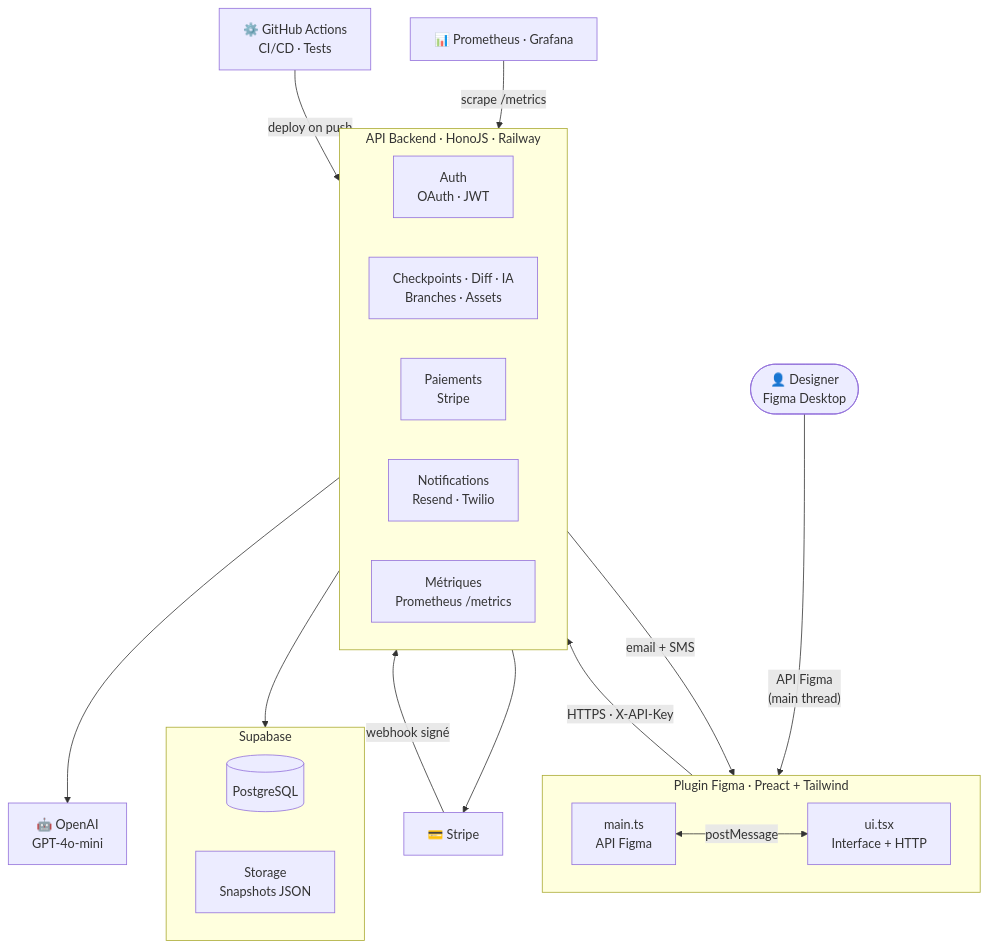
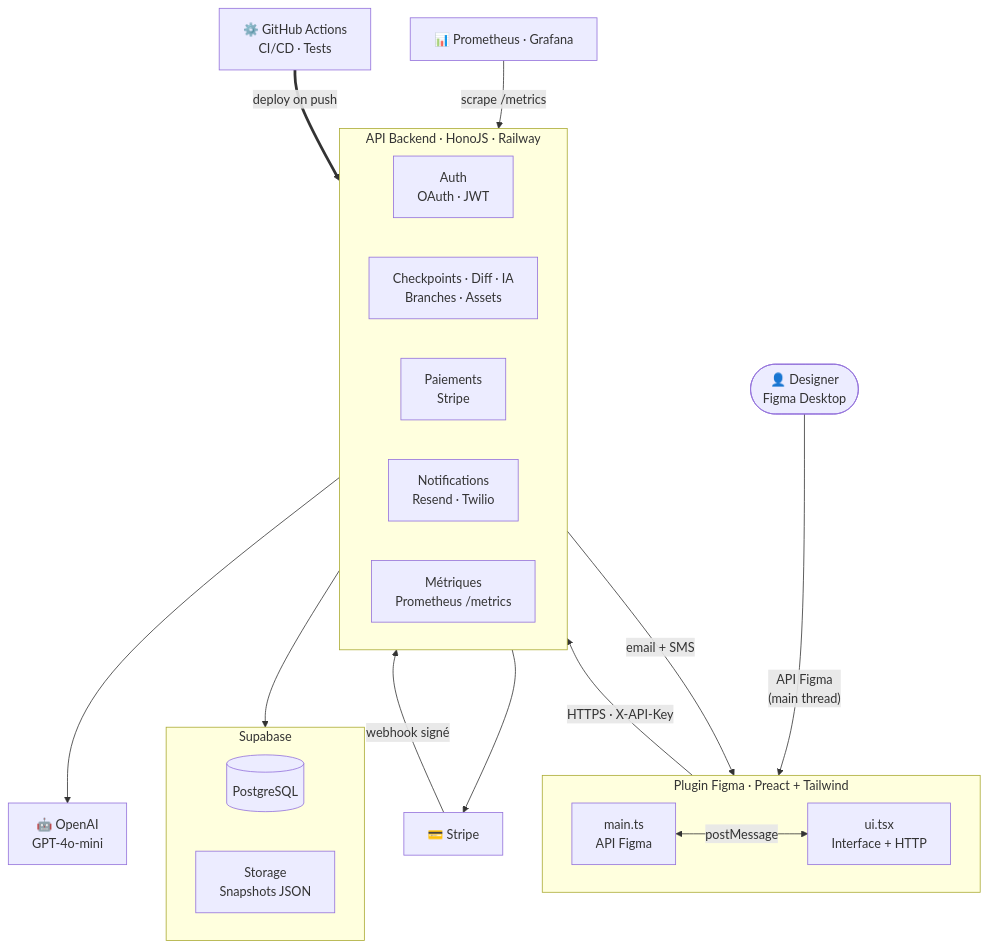
The first of 6 diagrams in docs/BC01/01-architecture.md (Hardi99/design-guardian), drawn with Mermaid before and after one commit. The commit also changed other lines of this file and 2 other files, not shown here.

Commit message:
docs(BC01): update Mermaid diagrams (exportAsync SVG, 123 tests, fix deploy edge)

````diff
--- a/docs/BC01/01-architecture.md
+++ b/docs/BC01/01-architecture.md
@@ -5,40 +5,40 @@
 ```mermaid
 graph TB
     Designer(["👤 Designer\nFigma Desktop"])
 
     subgraph Plugin["Plugin Figma · Preact + Tailwind"]
         direction LR
         Main["main.ts\nAPI Figma"]
         UIThread["ui.tsx\nInterface + HTTP"]
         Main <-->|postMessage| UIThread
     end
 
     subgraph Backend["API Backend · HonoJS · Railway"]
         direction LR
         Auth["Auth\nOAuth · JWT"]
         Core["Checkpoints · Diff · IA\nBranches · Assets"]
         Payments["Paiements\nStripe"]
         Notifs["Notifications\nResend · Twilio"]
         Metrics["Métriques\nPrometheus /metrics"]
     end
 
     subgraph Data["Supabase"]
         DB[("PostgreSQL")]
         Storage["Storage\nSnapshots JSON"]
     end
 
     OpenAI["🤖 OpenAI\nGPT-4o-mini"]
     StripeAPI["💳 Stripe"]
     Monitoring["📊 Prometheus · Grafana"]
     CI["⚙️ GitHub Actions\nCI/CD · Tests"]
 
     Designer -->|"API Figma\n(main thread)"| Main
     UIThread -->|"HTTPS · X-API-Key"| Backend
     Backend --> Data
     Core --> OpenAI
     Payments --> StripeAPI
     StripeAPI -->|"webhook signé"| Payments
     Notifs -->|"email + SMS"| UIThread
     Monitoring -->|"scrape /metrics"| Metrics
-    CI -->|"deploy on push"| Backend
+    CI ==>|"deploy on push"| Core
 ```
````
